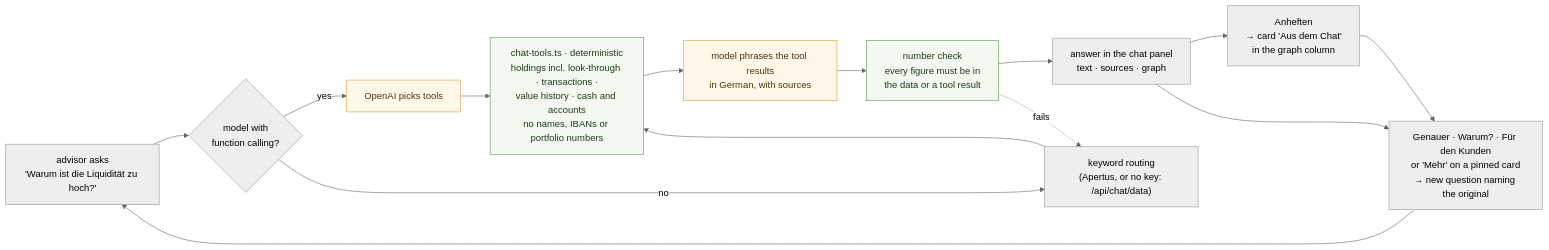
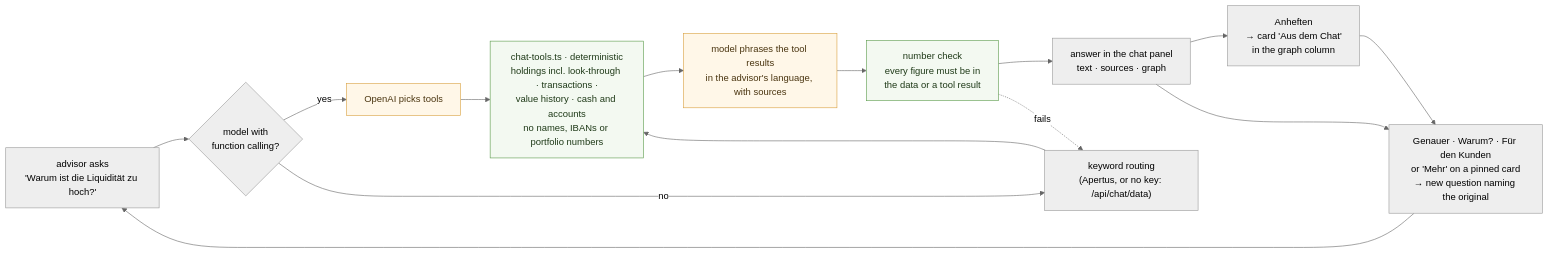
Before and after one commit to kvszef/ping-to-pitch: the fifth of 6 diagrams in README.md, drawn with Mermaid (neutral theme). The commit also changed other lines of this file and 4 other files, not shown here.

````diff
--- a/README.md
+++ b/README.md
@@ -206,27 +206,27 @@
 ```mermaid
 flowchart LR
   Q["advisor asks<br/>'Warum ist die Liquidität zu hoch?'"]
   ROUTE{"model with<br/>function calling?"}
   FC["OpenAI picks tools"]
   KW["keyword routing<br/>(Apertus, or no key: /api/chat/data)"]
   TOOLS["chat-tools.ts · deterministic<br/>holdings incl. look-through · transactions ·<br/>value history · cash and accounts<br/>no names, IBANs or portfolio numbers"]
-  PHRASE["model phrases the tool results<br/>in German, with sources"]
+  PHRASE["model phrases the tool results<br/>in the advisor's language, with sources"]
   GUARD["number check<br/>every figure must be in<br/>the data or a tool result"]
   ANS["answer in the chat panel<br/>text · sources · graph"]
   PIN["Anheften<br/>→ card 'Aus dem Chat'<br/>in the graph column"]
   MORE["Genauer · Warum? · Für den Kunden<br/>or 'Mehr' on a pinned card<br/>→ new question naming the original"]
 
   Q --> ROUTE
   ROUTE -->|yes| FC --> TOOLS
   ROUTE -->|no| KW --> TOOLS
   TOOLS --> PHRASE --> GUARD --> ANS
   GUARD -. fails .-> KW
   ANS --> PIN
   ANS --> MORE --> Q
   PIN --> MORE
 
   classDef pure fill:#f3f9f1,stroke:#5a9a4a,color:#1f3a18
   classDef model fill:#fff7e8,stroke:#d9a03f,color:#4a3510
   class TOOLS,GUARD pure
   class FC,PHRASE model
 ```
````
